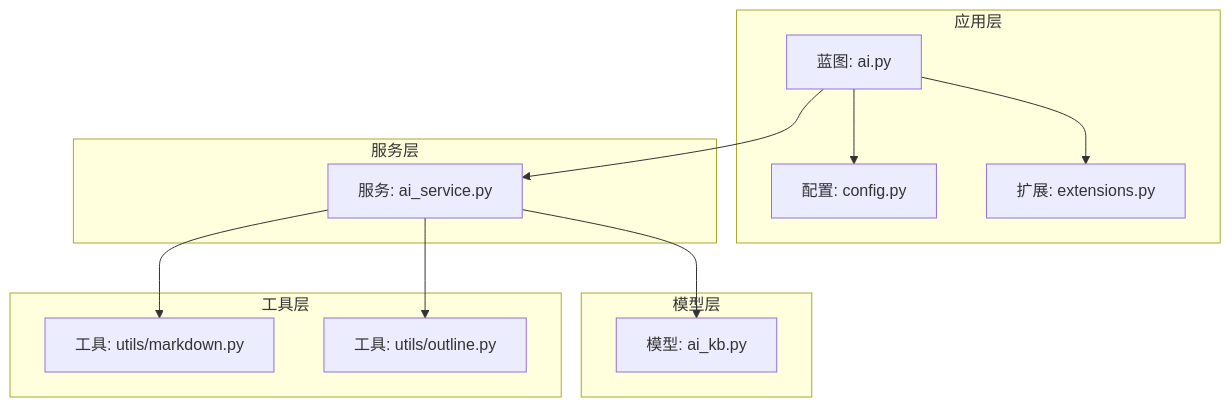
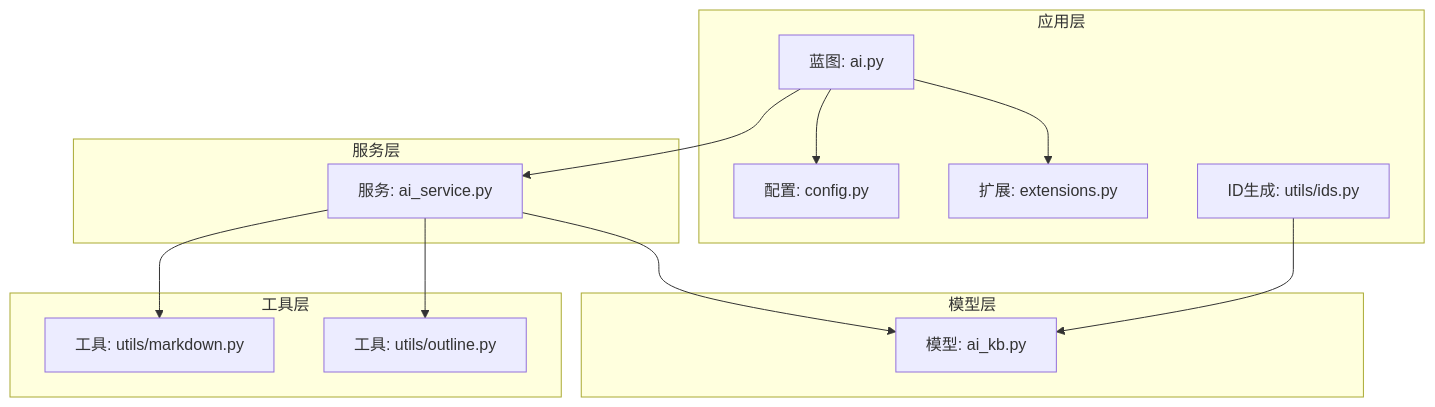
One commit to beyondalbert/my_wiki changed the first of 11 diagrams in .qoder/repowiki/zh/content/核心模块/AI知识库模块/AI知识库服务层.md. Above: the diagram before and after it, drawn with Mermaid. The commit also changed other lines of this file and 21 other files, not shown here.

````diff
--- a/.qoder/repowiki/zh/content/核心模块/AI知识库模块/AI知识库服务层.md
+++ b/.qoder/repowiki/zh/content/核心模块/AI知识库模块/AI知识库服务层.md
@@ -39,24 +43,26 @@
 ```mermaid
 graph TB
 subgraph "应用层"
 BP_AI["蓝图: ai.py"]
 CFG["配置: config.py"]
 EXT["扩展: extensions.py"]
+ID_GEN["ID生成: utils/ids.py"]
 end
 subgraph "服务层"
 SVC_AI["服务: ai_service.py"]
 end
 subgraph "模型层"
 M_AIKB["模型: ai_kb.py"]
 end
 subgraph "工具层"
 U_MD["工具: utils/markdown.py"]
 U_OUT["工具: utils/outline.py"]
 end
 BP_AI --> SVC_AI
 SVC_AI --> M_AIKB
 SVC_AI --> U_MD
 SVC_AI --> U_OUT
 BP_AI --> CFG
 BP_AI --> EXT
+ID_GEN --> M_AIKB
 ```
````
